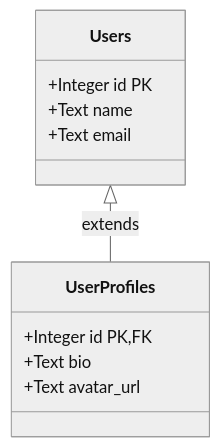
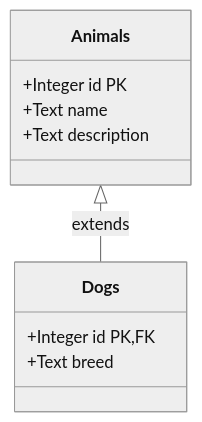
One commit to LucaCappelletti94/diesel-builders changed the second of 7 diagrams in README.md. Above: the diagram before and after it, drawn with Mermaid (neutral theme). The commit also changed other lines of this file and 6 other files, not shown here.

````diff
--- a/README.md
+++ b/README.md
@@ -43,15 +42,14 @@
 ```mermaid
 classDiagram
     direction BT
-    class Users {
+    class Animals {
         +Integer id PK
         +Text name
-        +Text email
+        +Text description
     }
-    class UserProfiles {
+    class Dogs {
         +Integer id PK,FK
-        +Text bio
-        +Text avatar_url
+        +Text breed
     }
-    UserProfiles --|> Users : extends
+    Dogs --|> Animals : extends
 ```
````
